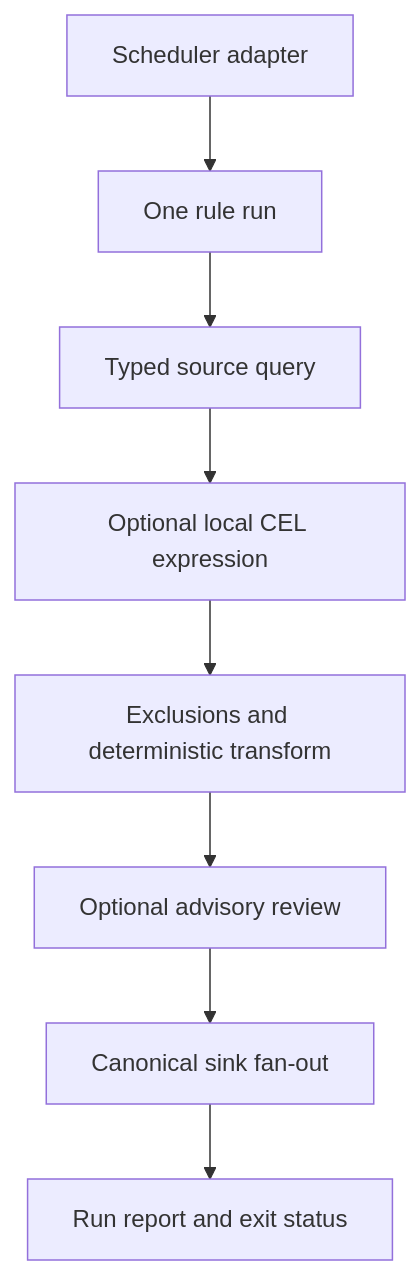
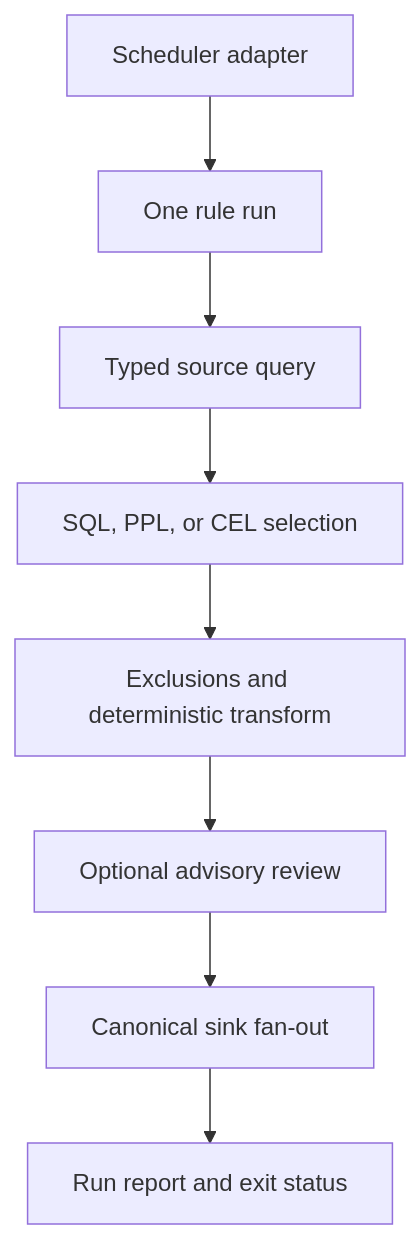
One commit to 0x4D31/venator changed the diagram in docs/architecture.md. Above: the diagram before and after it, drawn with Mermaid. The commit also changed other lines of this file and 47 other files, not shown here.

````diff
--- a/docs/architecture.md
+++ b/docs/architecture.md
@@ -6,10 +6,10 @@
 ```mermaid
 flowchart TD
   S["Scheduler adapter"] --> R["One rule run"]
   R --> Q["Typed source query"]
-  Q --> F["Optional local CEL expression"]
+  Q --> F["SQL, PPL, or CEL selection"]
   F --> D["Exclusions and deterministic transform"]
   D --> A["Optional advisory review"]
   A --> P["Canonical sink fan-out"]
   P --> O["Run report and exit status"]
 ```
````
